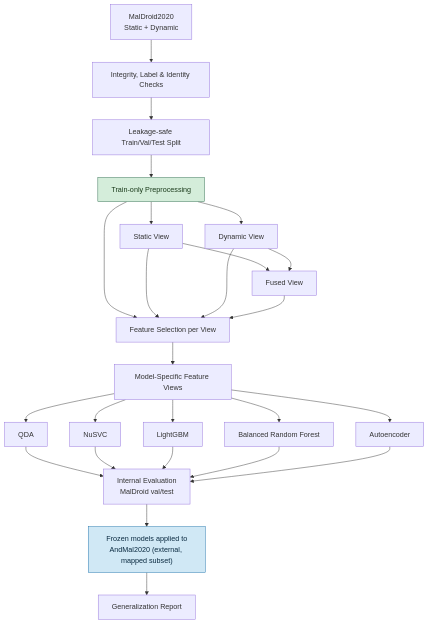
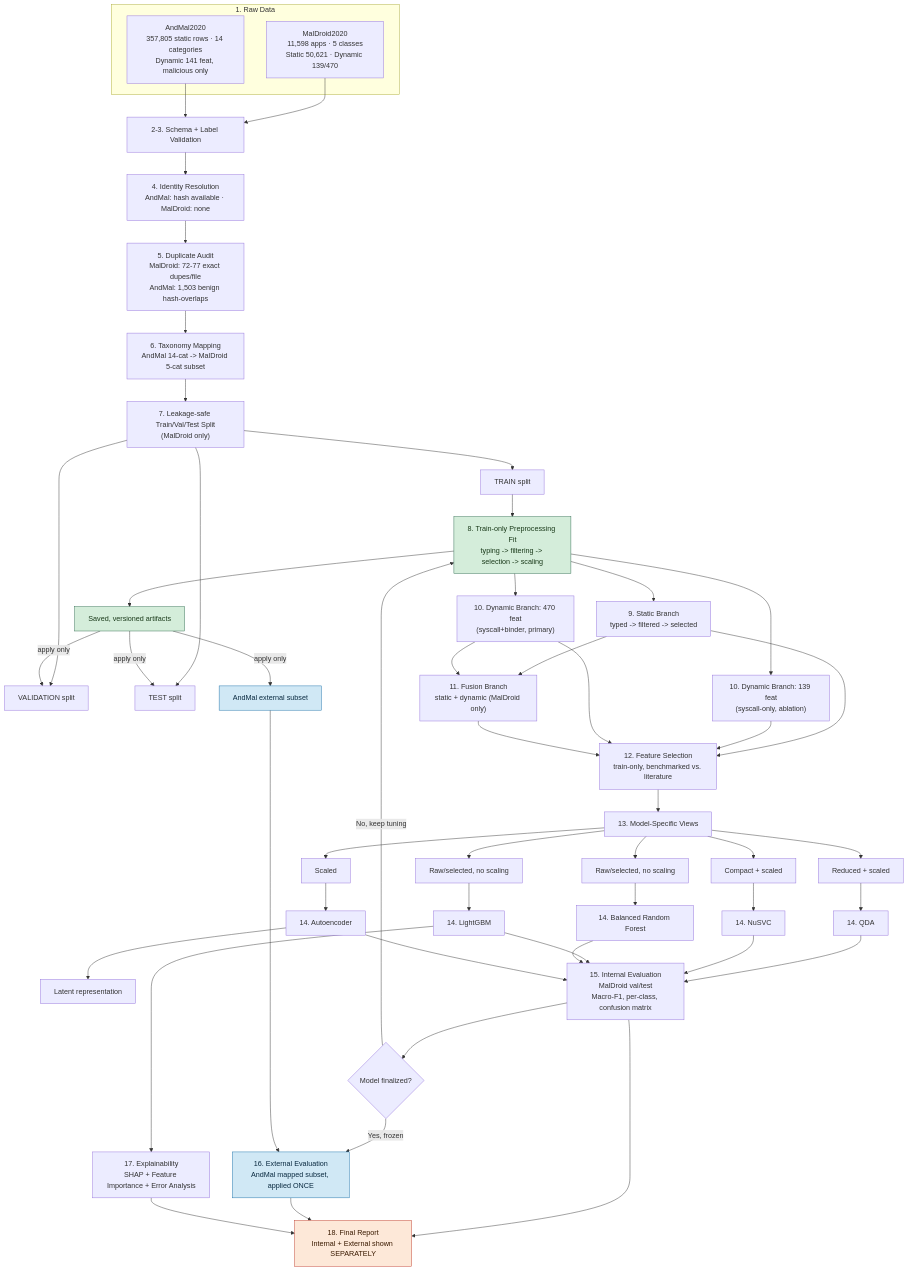
Before and after one commit to nishikakhade7/CNS_Research-Project: the diagram in Docs/05_Proposed_Model_Architecture.md, drawn with Mermaid. The commit also changed other lines of this file and 3 other files, not shown here.

Commit message:
docs: add proposed data preprocessing pipeline and model architecture documentation

````diff
--- a/Docs/05_Proposed_Model_Architecture.md
+++ b/Docs/05_Proposed_Model_Architecture.md
@@ -5,33 +50,72 @@
 ```mermaid
 flowchart TD
-    A[MalDroid2020<br/>Static + Dynamic] --> B[Integrity, Label & Identity Checks]
-    B --> C[Leakage-safe Train/Val/Test Split]
-    C --> D[Train-only Preprocessing]
-    D --> E1[Static View]
-    D --> E2[Dynamic View]
-    E1 --> E3[Fused View]
-    E2 --> E3
-    D --> E4[Feature Selection per View]
-    E1 --> E4
-    E2 --> E4
-    E3 --> E4
+    subgraph RAW["1. Raw Data"]
+      M["MalDroid2020<br/>11,598 apps · 5 classes<br/>Static 50,621 · Dynamic 139/470"]
+      A["AndMal2020<br/>357,805 static rows · 14 categories<br/>Dynamic 141 feat, malicious only"]
+    end
 
-    E4 --> F[Model-Specific Feature Views]
-    F --> G1[QDA]
-    F --> G2[NuSVC]
-    F --> G3[LightGBM]
-    F --> G4[Balanced Random Forest]
-    F --> G5[Autoencoder]
+    M --> V["2-3. Schema + Label Validation"]
+    A --> V
+    V --> ID["4. Identity Resolution<br/>AndMal: hash available · MalDroid: none"]
+    ID --> DUP["5. Duplicate Audit<br/>MalDroid: 72-77 exact dupes/file<br/>AndMal: 1,503 benign hash-overlaps"]
+    DUP --> TAX["6. Taxonomy Mapping<br/>AndMal 14-cat -> MalDroid 5-cat subset"]
+    TAX --> SPLIT["7. Leakage-safe Train/Val/Test Split<br/>(MalDroid only)"]
 
-    G1 --> H[Internal Evaluation<br/>MalDroid val/test]
-    G2 --> H
-    G3 --> H
-    G4 --> H
-    G5 --> H
+    SPLIT --> TRAIN[TRAIN split]
+    SPLIT --> VAL[VALIDATION split]
+    SPLIT --> TEST[TEST split]
 
-    H --> I["Frozen models applied to<br/>AndMal2020 (external, mapped subset)"]
-    I --> J[Generalization Report]
+    TRAIN --> FIT["8. Train-only Preprocessing Fit<br/>typing -> filtering -> selection -> scaling"]
+    FIT --> ART[Saved, versioned artifacts]
+    ART -->|apply only| VAL
+    ART -->|apply only| TEST
+    ART -->|apply only| EXT[AndMal external subset]
 
-    style D fill:#d4edda,stroke:#2d6a4f,color:#1a3a1a
-    style I fill:#d0e8f5,stroke:#1a6fa8,color:#0a2a40
+    FIT --> STA["9. Static Branch<br/>typed -> filtered -> selected"]
+    FIT --> DYN139["10. Dynamic Branch: 139 feat<br/>(syscall-only, ablation)"]
+    FIT --> DYN470["10. Dynamic Branch: 470 feat<br/>(syscall+binder, primary)"]
+    STA --> FUS["11. Fusion Branch<br/>static + dynamic (MalDroid only)"]
+    DYN470 --> FUS
+
+    STA --> SEL["12. Feature Selection<br/>train-only, benchmarked vs. literature"]
+    DYN139 --> SEL
+    DYN470 --> SEL
+    FUS --> SEL
+
+    SEL --> MV["13. Model-Specific Views"]
+    MV --> QDA_v["Reduced + scaled"]
+    MV --> SVC_v["Compact + scaled"]
+    MV --> LGB_v["Raw/selected, no scaling"]
+    MV --> BRF_v["Raw/selected, no scaling"]
+    MV --> AE_v["Scaled"]
+
+    QDA_v --> QDA[14. QDA]
+    SVC_v --> SVC[14. NuSVC]
+    LGB_v --> LGB[14. LightGBM]
+    BRF_v --> BRF[14. Balanced Random Forest]
+    AE_v --> AE[14. Autoencoder]
+    AE --> Latent[Latent representation]
+
+    QDA --> IE["15. Internal Evaluation<br/>MalDroid val/test<br/>Macro-F1, per-class, confusion matrix"]
+    SVC --> IE
+    LGB --> IE
+    BRF --> IE
+    AE --> IE
+
+    IE --> FREEZE{Model finalized?}
+    FREEZE -- "No, keep tuning" --> FIT
+    FREEZE -- "Yes, frozen" --> EE["16. External Evaluation<br/>AndMal mapped subset, applied ONCE"]
+    EXT --> EE
+
+    LGB --> XAI["17. Explainability<br/>SHAP + Feature Importance + Error Analysis"]
+
+    IE --> REP["18. Final Report<br/>Internal + External shown SEPARATELY"]
+    EE --> REP
+    XAI --> REP
+
+    style FIT fill:#d4edda,stroke:#2d6a4f,color:#1a3a1a
+    style ART fill:#d4edda,stroke:#2d6a4f,color:#1a3a1a
+    style EE fill:#d0e8f5,stroke:#1a6fa8,color:#0a2a40
+    style EXT fill:#d0e8f5,stroke:#1a6fa8,color:#0a2a40
+    style REP fill:#fde8d8,stroke:#c0392b,color:#3a1a00
 ```
````
